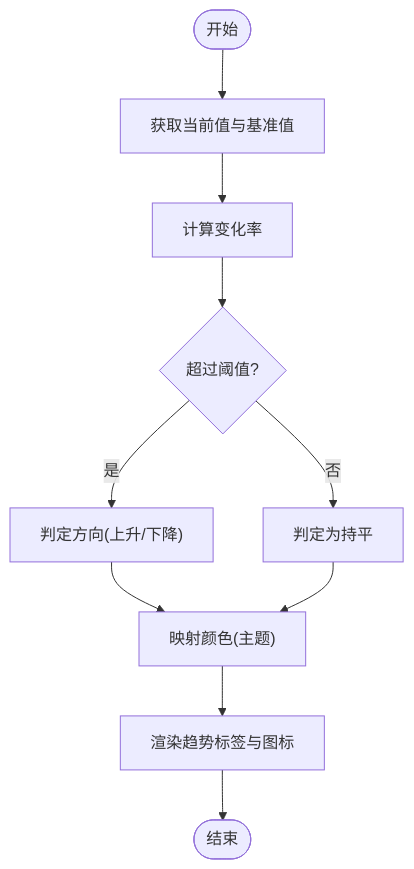
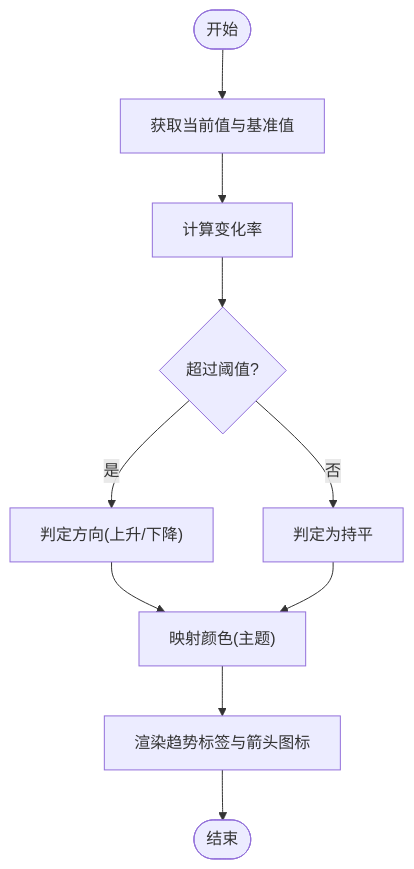
The fourth of 5 diagrams in .qoder/repowiki/zh/content/图表可视化/KPI指标卡片组件.md (Damao997/newproject), drawn with Mermaid before and after one commit. The commit also changed other lines of this file and 62 other files, not shown here.

````diff
--- a/.qoder/repowiki/zh/content/图表可视化/KPI指标卡片组件.md
+++ b/.qoder/repowiki/zh/content/图表可视化/KPI指标卡片组件.md
@@ -295,12 +301,12 @@
 ```mermaid
 flowchart TD
 Start(["开始"]) --> GetValues["获取当前值与基准值"]
 GetValues --> ComputeRate["计算变化率"]
 ComputeRate --> Threshold{"超过阈值?"}
 Threshold --> |是| Direction["判定方向(上升/下降)"]
 Threshold --> |否| Neutral["判定为持平"]
 Direction --> ColorMap["映射颜色(主题)"]
 Neutral --> ColorMap
-ColorMap --> Render["渲染趋势标签与图标"]
+ColorMap --> Render["渲染趋势标签与箭头图标"]
 Render --> End(["结束"])
 ```
````
